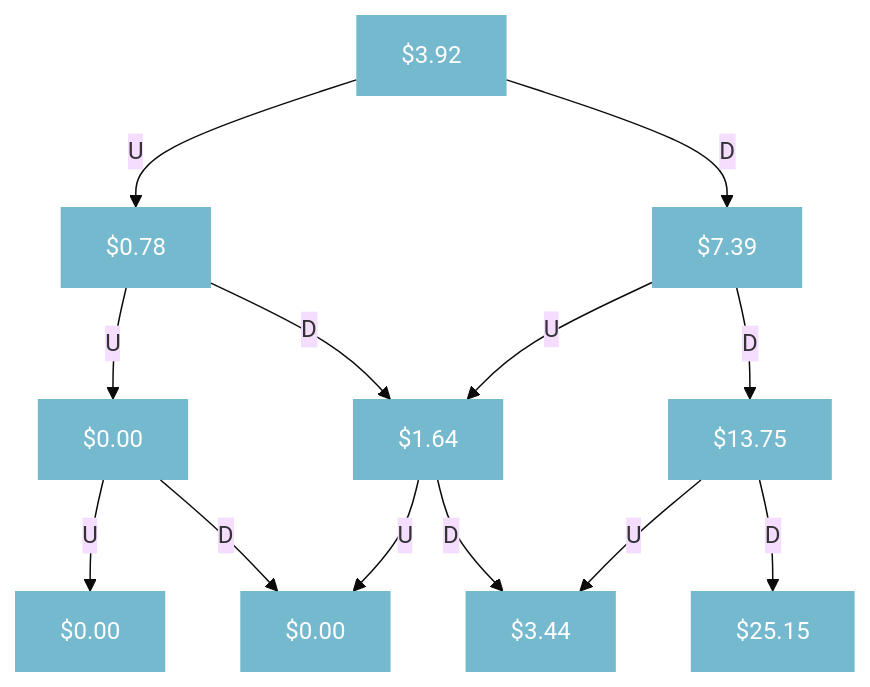
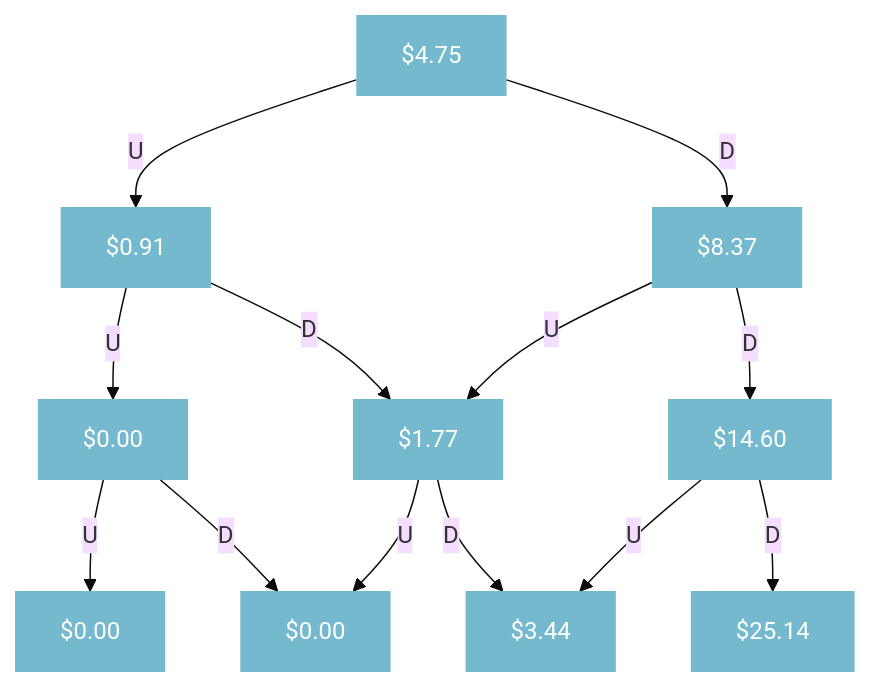
Before and after one commit to JerBouma/jerbouma.github.io: the third of 5 diagrams in _pages/articles/binomial-trees.md, drawn with Mermaid (base theme). The commit also changed other lines of this file and 4 other files, not shown here.

```diff
--- a/_pages/articles/binomial-trees.md
+++ b/_pages/articles/binomial-trees.md
@@ -166,24 +160,16 @@
 <div class="mermaid">
-
 flowchart TD;
 classDef boxfont fill:#3b9cba,stroke-width:0px,fill-opacity:0.7,color:white,radius:20px;
-
-Step0["$3.92"]:::boxfont -- U --> Step1["$0.78"]:::boxfont
-Step0["$3.92"] -- D --> Step2["$7.39"]:::boxfont
-
-Step1["$0.78"] -- U --> Step3["$0.00"]:::boxfont
-Step1["$0.78"] -- D --> Step4["$1.64"]:::boxfont
-
-Step2["$7.39"] -- U --> Step4["$1.64"]:::boxfont
-Step2["$7.39"] -- D --> Step5["$13.75"]:::boxfont
-
+Step0["$4.75"]:::boxfont -- U --> Step1["$0.91"]:::boxfont
+Step0["$4.75"] -- D --> Step2["$8.37"]:::boxfont
+Step1["$0.91"] -- U --> Step3["$0.00"]:::boxfont
+Step1["$0.91"] -- D --> Step4["$1.77"]:::boxfont
+Step2["$8.37"] -- U --> Step4["$1.77"]
+Step2["$8.37"] -- D --> Step5["$14.60"]:::boxfont
 Step3["$0.00"] -- U --> Step6["$0.00"]:::boxfont
 Step3["$0.00"] -- D --> Step7["$0.00"]:::boxfont
-
-Step4["$1.64"] -- U --> Step7["$0.00"]:::boxfont
-Step4["$1.64"] -- D --> Step8["$3.44"]:::boxfont
-
-Step5["$13.75"] -- U --> Step8["$3.44"]:::boxfont
-Step5["$13.75"] -- D --> Step9["$25.15"]:::boxfont
-
+Step4["$1.77"] -- U --> Step7["$0.00"]
+Step4["$1.77"] -- D --> Step8["$3.44"]:::boxfont
+Step5["$14.60"] -- U --> Step8["$3.44"]
+Step5["$14.60"] -- D --> Step9["$25.14"]:::boxfont
 </div>
```
